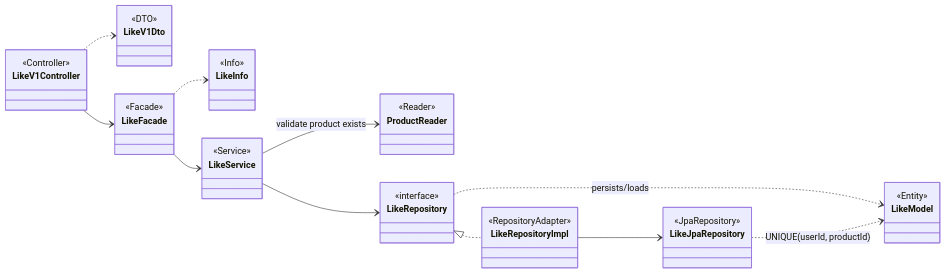
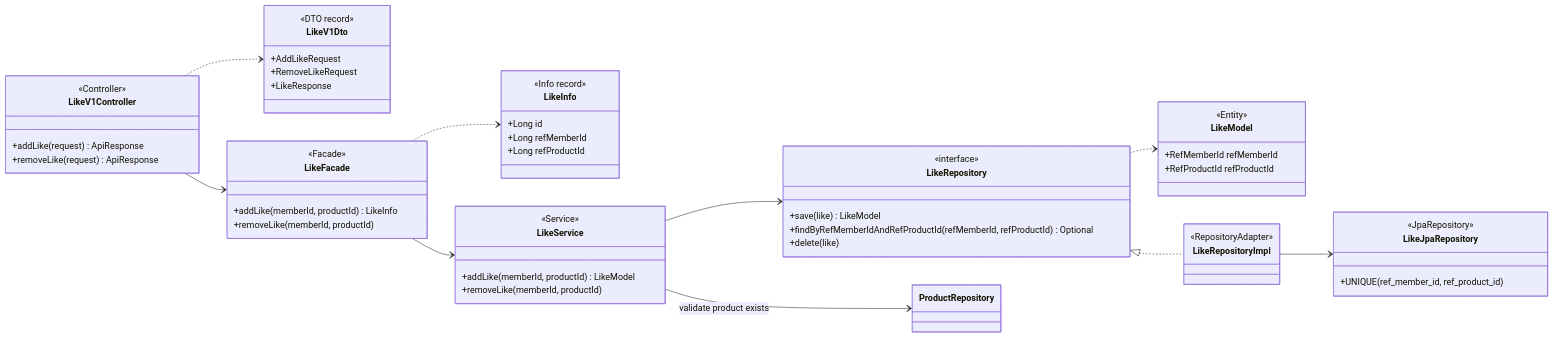
The fifth of 8 diagrams in docs/design/03-class-diagram.md (YoHanKi/loop-pack-be-l2-vol3-java), drawn with Mermaid before and after one commit. The commit also changed other lines of this file and 2 other files, not shown here.

````diff
--- a/docs/design/03-class-diagram.md
+++ b/docs/design/03-class-diagram.md
@@ -314,63 +312,68 @@
 ```mermaid
 classDiagram
     direction LR
 
 %% Interfaces
     class LikeV1Controller {
         <<Controller>>
+        +addLike(request) ApiResponse
+        +removeLike(request) ApiResponse
     }
     class LikeV1Dto {
-        <<DTO>>
+        <<DTO record>>
+        +AddLikeRequest
+        +RemoveLikeRequest
+        +LikeResponse
     }
 
 %% Application
     class LikeFacade {
         <<Facade>>
+        +addLike(memberId, productId) LikeInfo
+        +removeLike(memberId, productId)
     }
     class LikeInfo {
-        <<Info>>
+        <<Info record>>
+        +Long id
+        +Long refMemberId
+        +Long refProductId
     }
 
 %% Domain
     class LikeService {
         <<Service>>
-    }
-    class ProductReader {
-        <<Reader>>
+        +addLike(memberId, productId) LikeModel
+        +removeLike(memberId, productId)
     }
     class LikeRepository {
         <<interface>>
+        +save(like) LikeModel
+        +findByRefMemberIdAndRefProductId(refMemberId, refProductId) Optional
+        +delete(like)
     }
     class LikeModel {
         <<Entity>>
+        +RefMemberId refMemberId
+        +RefProductId refProductId
     }
 
 %% Infrastructure
     class LikeRepositoryImpl {
         <<RepositoryAdapter>>
     }
     class LikeJpaRepository {
         <<JpaRepository>>
+        +UNIQUE(ref_member_id, ref_product_id)
     }
 
-%% Relationships (dependency direction)
+%% Relationships
     LikeV1Controller --> LikeFacade
     LikeV1Controller ..> LikeV1Dto
-
-%% Facade -> Service only
     LikeFacade --> LikeService
     LikeFacade ..> LikeInfo
-
-%% Service owns validation + orchestration
-    LikeService --> ProductReader : validate product exists
     LikeService --> LikeRepository
-
-%% Port/Adapter
+    LikeService --> ProductRepository : validate product exists
     LikeRepository <|.. LikeRepositoryImpl
     LikeRepositoryImpl --> LikeJpaRepository
-
-%% Persistence relation + invariant
-    LikeRepository ..> LikeModel : persists/loads
-    LikeJpaRepository ..> LikeModel : UNIQUE(userId, productId)
-
+    LikeRepository ..> LikeModel
 ```
````
